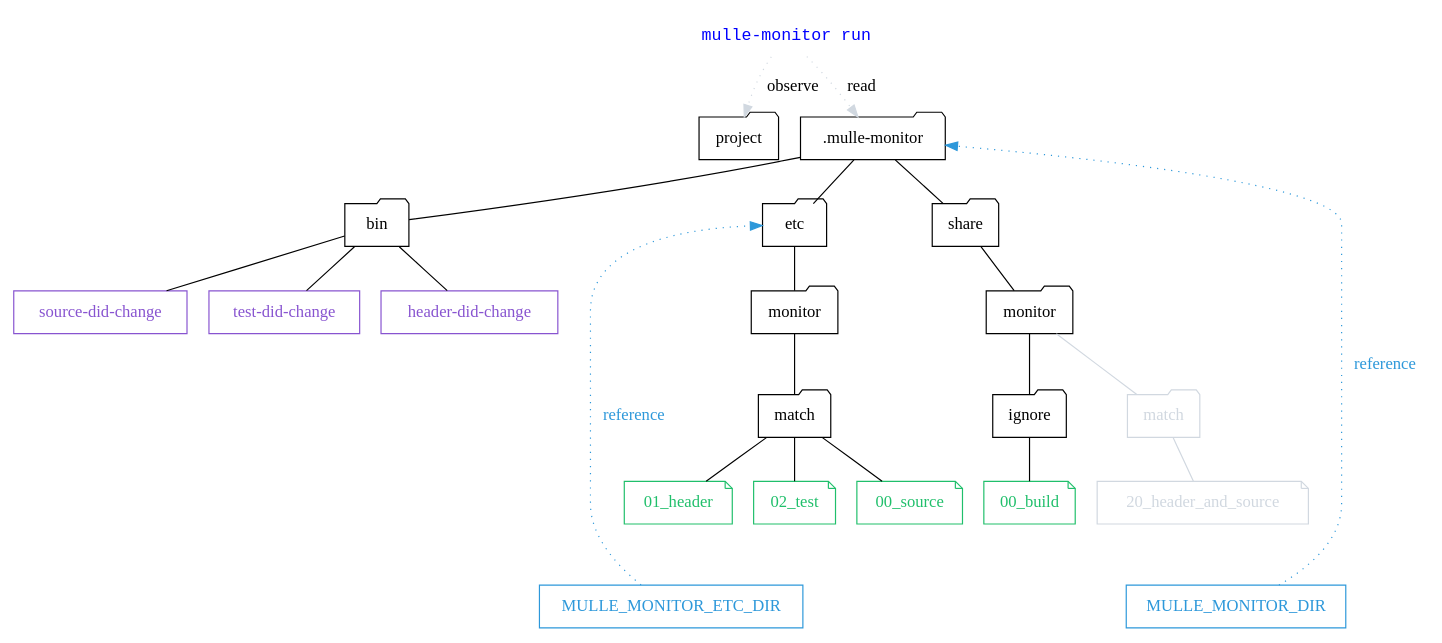
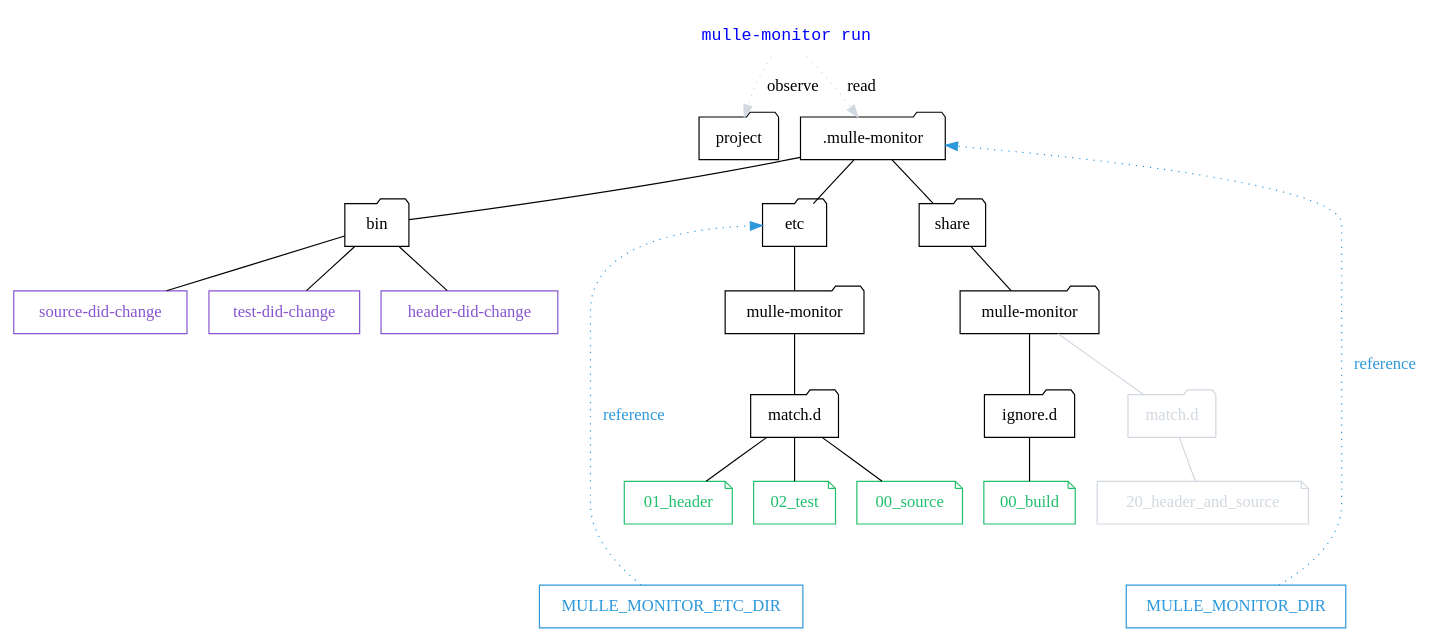
The diagram in dox/mulle-monitor-run.dot (mulle-sde/mulle-match), drawn with Graphviz before and after one commit. The commit also changed 18 other files, not shown here.

```diff
--- a/dox/mulle-monitor-run.dot
+++ b/dox/mulle-monitor-run.dot
@@ -1,87 +1,88 @@
 digraph G {
     graph [rankdir = TD];
 
     "mulle-monitor run" [ shape="none", fontcolor="blue", fontname="monospace"]
 
     node[shape=folder];
 
     { rank = "same"; "mulle-monitor run" };
     { rank = "same"; "project", ".mulle-monitor"  };
 
 
     edge[ arrowhead="none" ];
 
     node[shape=record, color="#8854d0", fontcolor="#8854d0"];
 
     "h_did_update"    [ label="header-did-change"]
     "s_did_update"    [ label="source-did-change"]
     "t_did_update"    [ label="test-did-change"]
 
 
     node[shape=note, color="#20bf6b", fontcolor="#20bf6b"];
 
     { rank = "same"; "s_source", "s_header", "s_test" };
 
     "s_header"        [ label="01_header"]
     "s_source"        [ label="00_source"]
     "s_test"          [ label="02_test"]
     "s_build"         [ label="00_build"]
 
     "s_header2"        [ label="20_header_and_source", color="#d1d8e0", fontcolor="#d1d8e0"]
 
     node[shape=folder, color="black", fontcolor="black"];
 
     ".mulle-monitor"     -> "bin"
     ".mulle-monitor"     -> "etc"
 
     "bin"                -> "h_did_update"
     "bin"                -> "s_did_update"
     "bin"                -> "t_did_update"
 
     "etc"                -> "monitor"
+    "monitor"            [ label="mulle-monitor" ]
 
-    "monitor" -> "match"
+    "monitor"   -> "match.d"
 
-    "match"   -> "s_header"
-    "match"   -> "s_source"
-    "match"   -> "s_test"
+    "match.d"   -> "s_header"
+    "match.d"   -> "s_source"
+    "match.d"   -> "s_test"
 
     ".mulle-monitor"     -> "share"
     "share"              -> "monitor2"
 
 
     node[ shape=note, color="#d1d8e0", fontcolor="#d1d8e0"];
     edge[ arrowhead="none", color="#d1d8e0" ];
 
 
 
     "s_header"        [ label="01_header"]
     "s_source"        [ label="00_source"]
     "s_test"          [ label="02_test"]
-    "monitor2"        [ shape="folder", label="monitor", color="black", fontcolor="black" ]
-    "match2"          [ shape="folder", label="match" ]
-    "ignore2"         [ shape="folder", label="ignore", color="black", fontcolor="black" ]
+    "monitor2"        [ shape="folder", label="mulle-monitor", color="black", fontcolor="black" ]
+    "match2"          [ shape="folder", label="match.d" ]
+    "ignore2"         [ shape="folder", label="ignore.d", color="black", fontcolor="black" ]
     "monitor2" -> "ignore2" [ color="black" ]
 
     { rank = "same"; "s_source", "s_header", "s_test" };
     "monitor2" -> "match2"
 
     "match2"   -> "s_header2"
 
     "ignore2"  -> "s_build" [ color="black" ]
 
     "mulle-monitor run" -> "project"         [ arrowhead="", style="dotted", label="observe" ]
     "mulle-monitor run" -> ".mulle-monitor"  [ arrowhead="", style="dotted", label="read" ]
 
     node[ shape=record, color="#2d98da", fontcolor="#2d98da"];
     edge[ arrowhead="", color="#2d98da", fontcolor="#2d98da", style="dotted", label=" reference" ];
 
     { rank = "same"; "MULLE_MONITOR_ETC_DIR", "MULLE_MONITOR_DIR" };
 
-    "s_source" -> "MULLE_MONITOR_DIR"    [ style="invis" ]
+    "s_source" -> "MULLE_MONITOR_DIR"     [ style="invis" ]
     "s_source" -> "MULLE_MONITOR_ETC_DIR" [ style="invis" ]
 
 
     "MULLE_MONITOR_DIR"       -> ".mulle-monitor"
     "MULLE_MONITOR_ETC_DIR"   -> "etc"
 }
```
